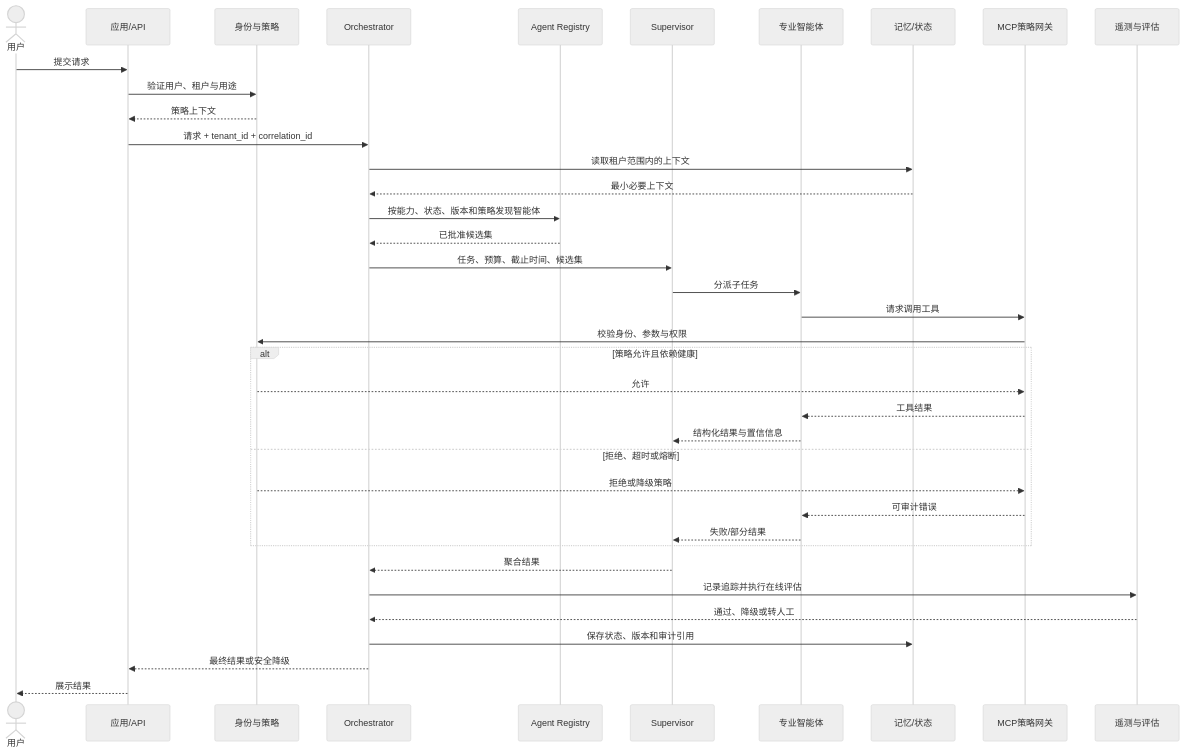
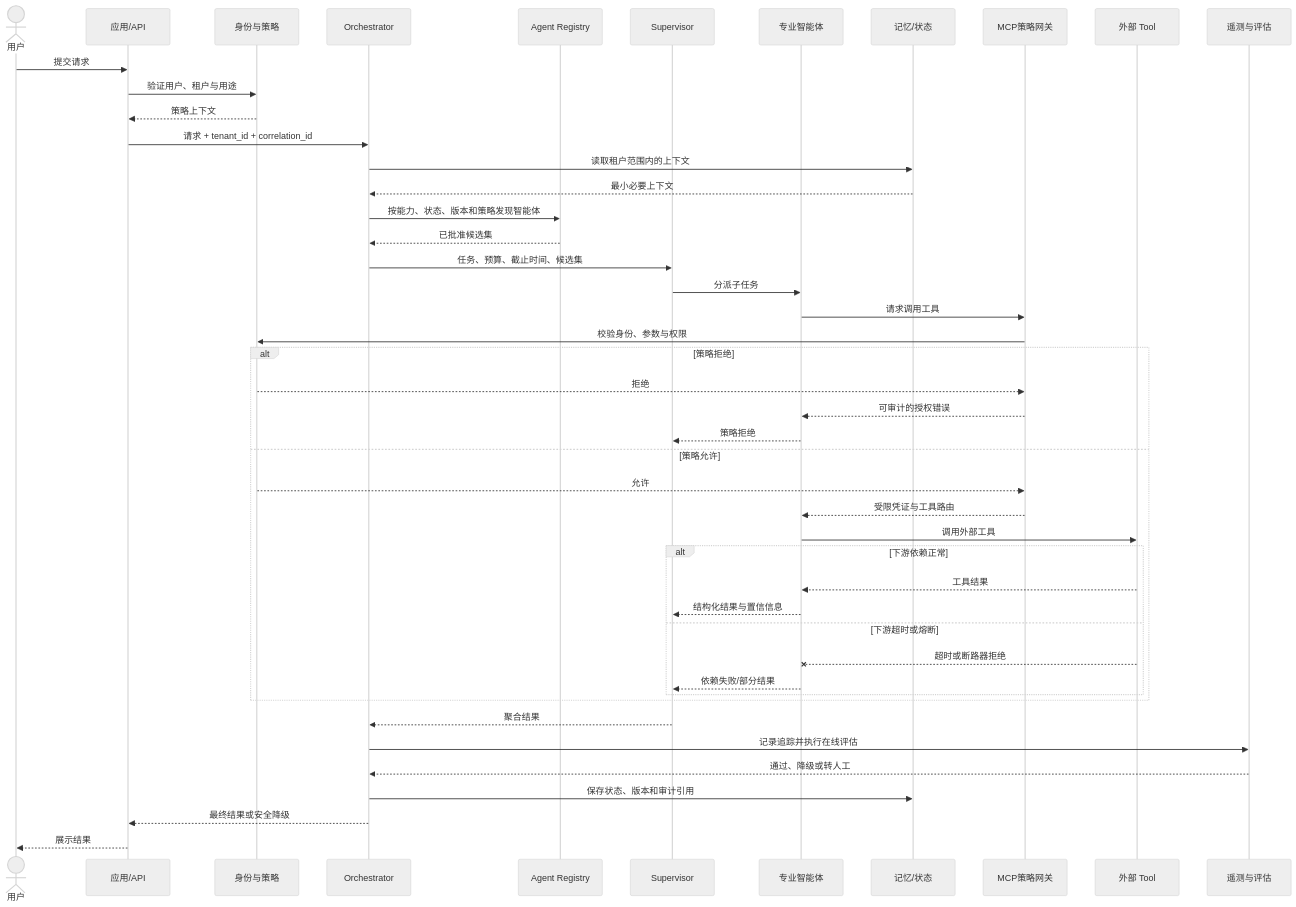
One commit to sealday/agentic-architecture-atlas changed the second of 2 diagrams in content/cases/microsoft-multi-agent-reference-architecture.mdx. Above: the diagram before and after it, drawn with Mermaid (neutral theme). The commit also changed other lines of this file and 2 other files, not shown here.

````diff
--- a/content/cases/microsoft-multi-agent-reference-architecture.mdx
+++ b/content/cases/microsoft-multi-agent-reference-architecture.mdx
@@ -164,41 +167,52 @@
 ```mermaid
 sequenceDiagram
+  accTitle: 受控多智能体任务流与分层失败处理
+  accDescr: 请求先完成租户策略校验和智能体发现；专业智能体获准后调用外部工具，策略拒绝与工具超时或熔断分别处理。
+
   actor U as 用户
   participant App as 应用/API
   participant P as 身份与策略
   participant O as Orchestrator
   participant R as Agent Registry
   participant S as Supervisor
   participant A as 专业智能体
   participant M as 记忆/状态
   participant G as MCP策略网关
+  participant T as 外部 Tool
   participant E as 遥测与评估
 
   U->>App: 提交请求
   App->>P: 验证用户、租户与用途
   P-->>App: 策略上下文
   App->>O: 请求 + tenant_id + correlation_id
   O->>M: 读取租户范围内的上下文
   M-->>O: 最小必要上下文
   O->>R: 按能力、状态、版本和策略发现智能体
   R-->>O: 已批准候选集
   O->>S: 任务、预算、截止时间、候选集
   S->>A: 分派子任务
   A->>G: 请求调用工具
   G->>P: 校验身份、参数与权限
-  alt 策略允许且依赖健康
+  alt 策略拒绝
+    P-->>G: 拒绝
+    G-->>A: 可审计的授权错误
+    A-->>S: 策略拒绝
+  else 策略允许
     P-->>G: 允许
-    G-->>A: 工具结果
-    A-->>S: 结构化结果与置信信息
-  else 拒绝、超时或熔断
-    P-->>G: 拒绝或降级策略
-    G-->>A: 可审计错误
-    A-->>S: 失败/部分结果
+    G-->>A: 受限凭证与工具路由
+    A->>T: 调用外部工具
+    alt 下游依赖正常
+      T-->>A: 工具结果
+      A-->>S: 结构化结果与置信信息
+    else 下游超时或熔断
+      T--xA: 超时或断路器拒绝
+      A-->>S: 依赖失败/部分结果
+    end
   end
   S-->>O: 聚合结果
   O->>E: 记录追踪并执行在线评估
   E-->>O: 通过、降级或转人工
   O->>M: 保存状态、版本和审计引用
   O-->>App: 最终结果或安全降级
   App-->>U: 展示结果
 ```
````
